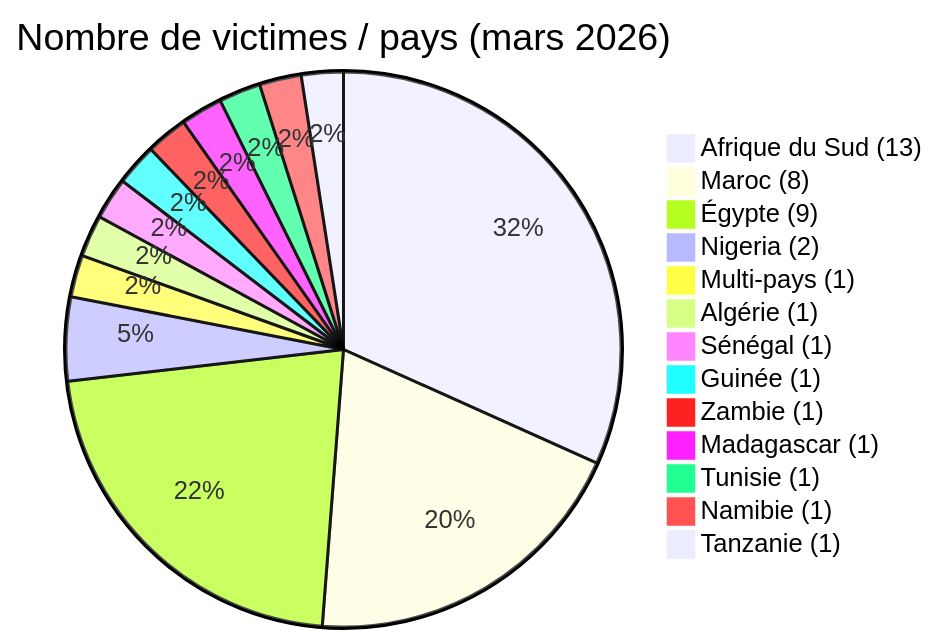
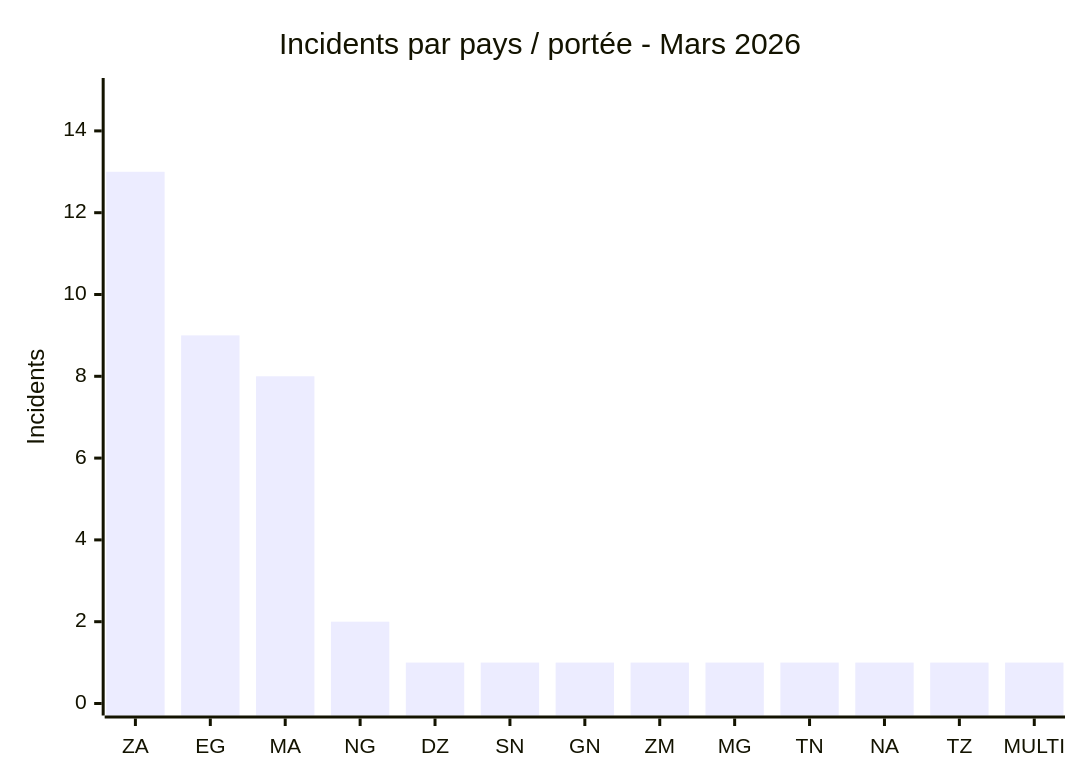
One commit to Hatchepsoute/AFRINTEL changed the second of 6 diagrams in CyberAttackAfrica/2026/03-march/README_FR.md. Above: the diagram before and after it, drawn with Mermaid. The commit also changed other lines of this file and 45 other files, not shown here.

````diff
--- a/CyberAttackAfrica/2026/03-march/README_FR.md
+++ b/CyberAttackAfrica/2026/03-march/README_FR.md
@@ -60,17 +120,7 @@
 ```mermaid
-pie
- title Nombre de victimes / pays (mars 2026)
- "Afrique du Sud (13)" : 13
- "Maroc (8)" : 8
- "Égypte (9)" : 9
- "Nigeria (2)" : 2
- "Multi-pays (1)" : 1
- "Algérie (1)" : 1
- "Sénégal (1)" : 1
- "Guinée (1)" : 1
- "Zambie (1)" : 1
- "Madagascar (1)" : 1
- "Tunisie (1)" : 1
- "Namibie (1)" : 1
- "Tanzanie (1)" : 1
+xychart-beta
+    title "Incidents par pays / portée - Mars 2026"
+    x-axis ["ZA", "EG", "MA", "NG", "DZ", "SN", "GN", "ZM", "MG", "TN", "NA", "TZ", "MULTI"]
+    y-axis "Incidents" 0 --> 15
+    bar [13, 9, 8, 2, 1, 1, 1, 1, 1, 1, 1, 1, 1]
 ```
````
